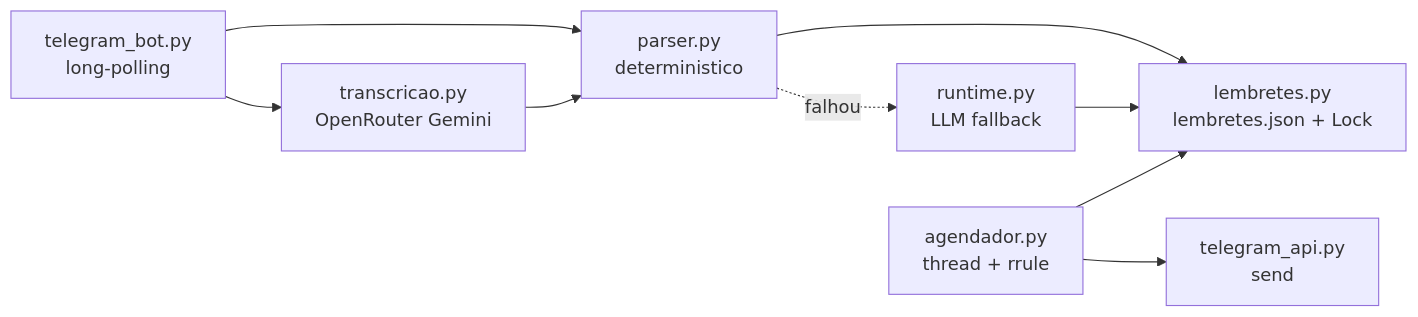
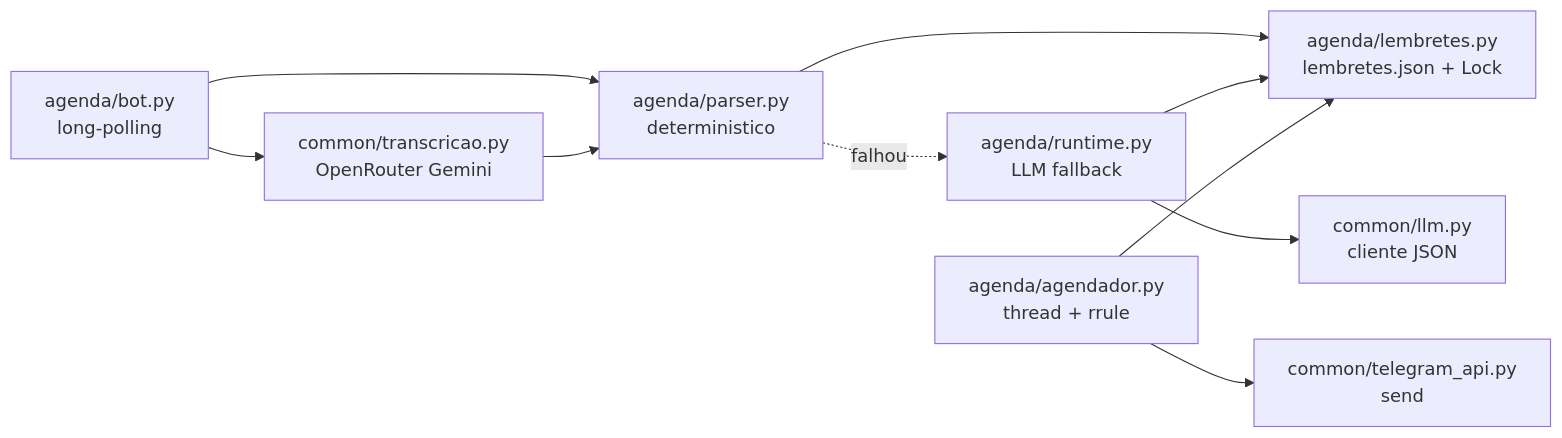
One commit to kellermanm0ta/assist-bots changed the diagram in AGENTS.md. Above: the diagram before and after it, drawn with Mermaid. The commit also changed other lines of this file and 24 other files, not shown here.

First line of the commit message:
refactor: separa common/ e agenda/ e renomeia AGENT para BOT_AGENT

````diff
--- a/AGENTS.md
+++ b/AGENTS.md
@@ -12,11 +27,12 @@
 ```mermaid
 flowchart LR
-    TG["telegram_bot.py<br/>long-polling"] --> TXT["parser.py<br/>deterministico"]
-    TG --> AUD["transcricao.py<br/>OpenRouter Gemini"]
+    TG["agenda/bot.py<br/>long-polling"] --> TXT["agenda/parser.py<br/>deterministico"]
+    TG --> AUD["common/transcricao.py<br/>OpenRouter Gemini"]
     AUD --> TXT
-    TXT -.->|"falhou"| RT["runtime.py<br/>LLM fallback"]
-    TXT --> LEM["lembretes.py<br/>lembretes.json + Lock"]
+    TXT -.->|"falhou"| RT["agenda/runtime.py<br/>LLM fallback"]
+    TXT --> LEM["agenda/lembretes.py<br/>lembretes.json + Lock"]
     RT --> LEM
-    AGD["agendador.py<br/>thread + rrule"] --> LEM
-    AGD --> API["telegram_api.py<br/>send"]
+    RT --> LLM["common/llm.py<br/>cliente JSON"]
+    AGD["agenda/agendador.py<br/>thread + rrule"] --> LEM
+    AGD --> API["common/telegram_api.py<br/>send"]
 ```
````
